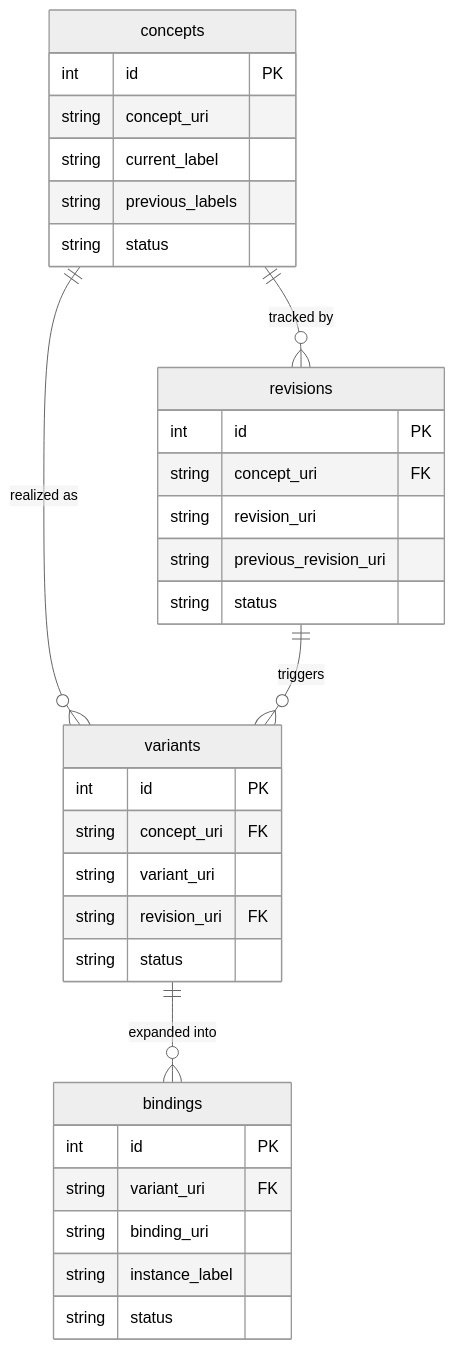
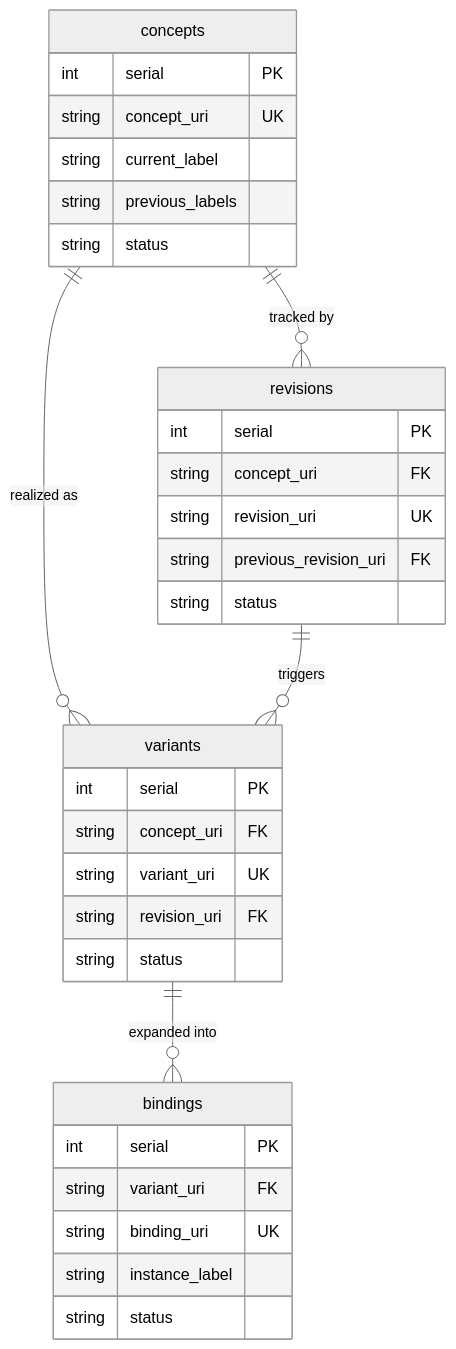
The second of 2 diagrams in README.md (COVESA/modl), drawn with Mermaid (neutral theme) before and after one commit. The commit also changed other lines of this file, not shown here.

Commit message:
feat: Update README to reflect changes in ledger structure, replacing 'id' with 'serial' and enhancing URI minting details

````diff
--- a/README.md
+++ b/README.md
@@ -161,36 +175,36 @@
 ```mermaid
 erDiagram
     concepts ||--o{ revisions : "tracked by"
     concepts ||--o{ variants : "realized as"
     revisions ||--o{ variants : "triggers"
     variants ||--o{ bindings : "expanded into"
 
     concepts {
-        int id PK
-        string concept_uri
+        int serial PK
+        string concept_uri UK
         string current_label
         string previous_labels
         string status
     }
     revisions {
-        int id PK
+        int serial PK
         string concept_uri FK
-        string revision_uri
-        string previous_revision_uri
+        string revision_uri UK
+        string previous_revision_uri FK
         string status
     }
     variants {
-        int id PK
+        int serial PK
         string concept_uri FK
-        string variant_uri
+        string variant_uri UK
         string revision_uri FK
         string status
     }
     bindings {
-        int id PK
+        int serial PK
         string variant_uri FK
-        string binding_uri
+        string binding_uri UK
         string instance_label
         string status
     }
 ```
````
